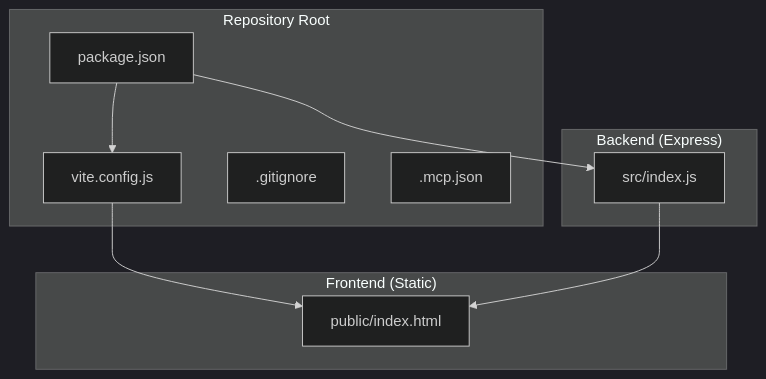
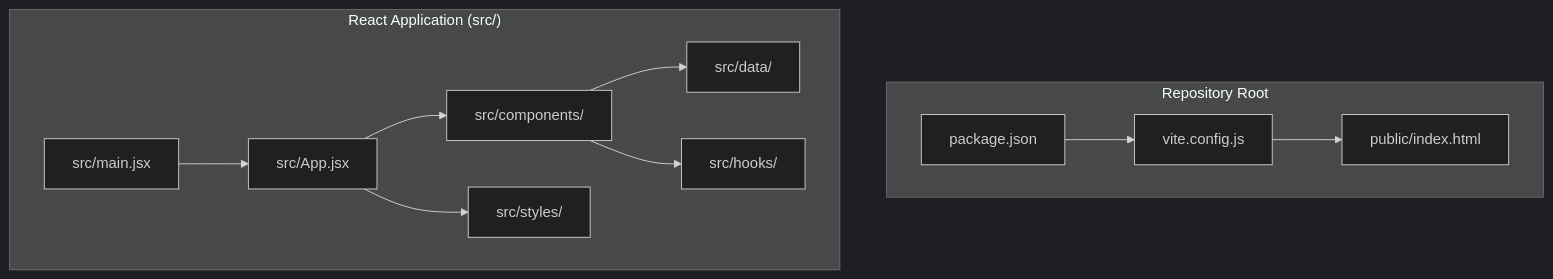
One commit to rakeshmaity271/frankie-picasso changed the first of 11 diagrams in .qoder/repowiki/en/content/Application Architecture.md. Above: the diagram before and after it, drawn with Mermaid (dark theme). The commit also changed other lines of this file and 28 other files, not shown here.

Commit message:
Update components, styles, and secure gitignore

````diff
--- a/.qoder/repowiki/en/content/Application Architecture.md
+++ b/.qoder/repowiki/en/content/Application Architecture.md
@@ -36,19 +51,23 @@
 ```mermaid
 graph TB
 subgraph "Repository Root"
 PJSON["package.json"]
 VCFG["vite.config.js"]
-GITIGNORE[".gitignore"]
-MCP[".mcp.json"]
+PUBLIC["public/index.html"]
 end
-subgraph "Backend (Express)"
-SRCIDX["src/index.js"]
-end
-subgraph "Frontend (Static)"
-PUBHTML["public/index.html"]
+subgraph "React Application (src/)"
+MAIN["src/main.jsx"]
+APP["src/App.jsx"]
+COMPONENTS["src/components/"]
+STYLES["src/styles/"]
+DATA["src/data/"]
+HOOKS["src/hooks/"]
 end
 PJSON --> VCFG
-PJSON --> SRCIDX
-VCFG --> PUBHTML
-SRCIDX --> PUBHTML
+VCFG --> PUBLIC
+MAIN --> APP
+APP --> COMPONENTS
+APP --> STYLES
+COMPONENTS --> DATA
+COMPONENTS --> HOOKS
 ```
````
